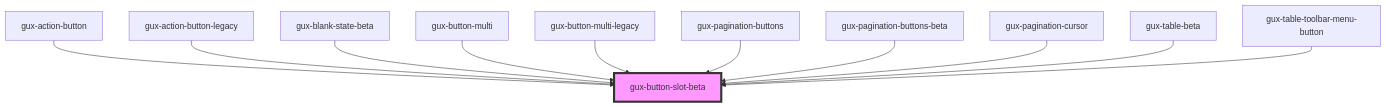
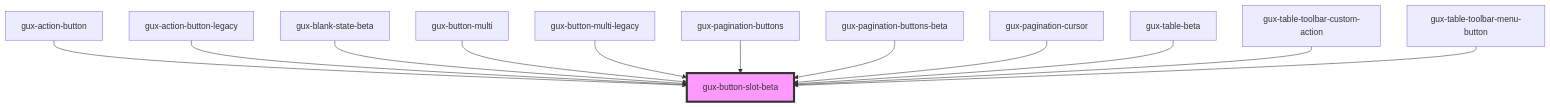
One commit to MyPureCloud/genesys-spark changed the diagram in src/components/beta/gux-button-slot/readme.md. Above: the diagram before and after it, drawn with Mermaid. The commit also changed other lines of this file and 4 other files, not shown here.

First line of the commit message:
feat(table-toolbar): utilize button-slot of button

````diff
--- a/src/components/beta/gux-button-slot/readme.md
+++ b/src/components/beta/gux-button-slot/readme.md
@@ -35,14 +36,15 @@
 ```mermaid
 graph TD;
   gux-action-button --> gux-button-slot-beta
   gux-action-button-legacy --> gux-button-slot-beta
   gux-blank-state-beta --> gux-button-slot-beta
   gux-button-multi --> gux-button-slot-beta
   gux-button-multi-legacy --> gux-button-slot-beta
   gux-pagination-buttons --> gux-button-slot-beta
   gux-pagination-buttons-beta --> gux-button-slot-beta
   gux-pagination-cursor --> gux-button-slot-beta
   gux-table-beta --> gux-button-slot-beta
+  gux-table-toolbar-custom-action --> gux-button-slot-beta
   gux-table-toolbar-menu-button --> gux-button-slot-beta
   style gux-button-slot-beta fill:#f9f,stroke:#333,stroke-width:4px
 ```
````
